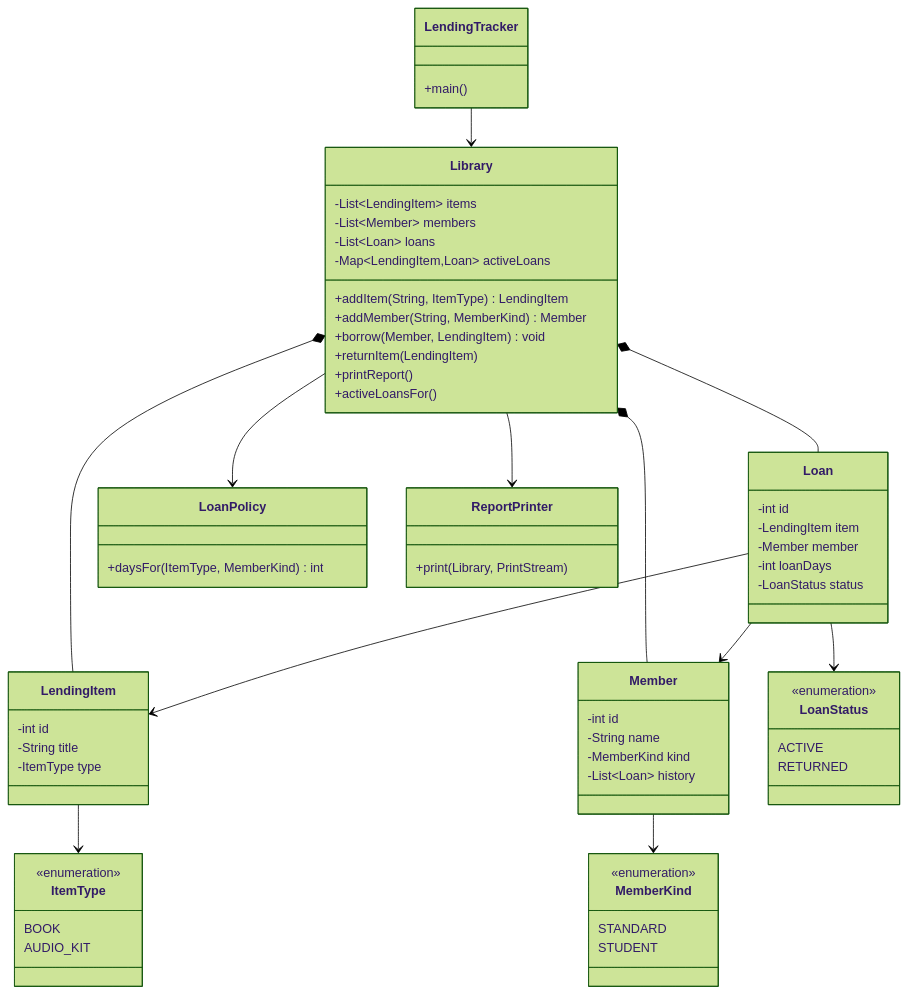
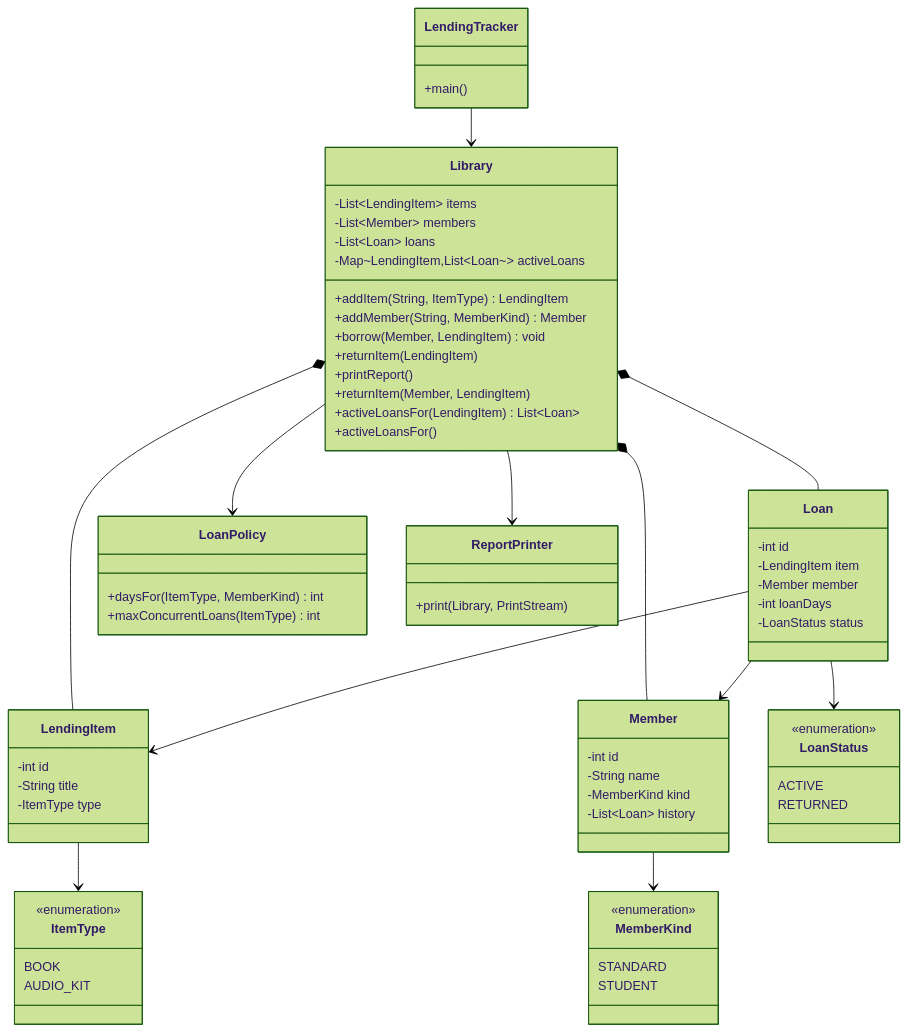
One commit to Eyiah-Phandoh/java-basics-c-the-reading-room changed the diagram in DIAGNOSIS.md. Above: the diagram before and after it, drawn with Mermaid (forest theme). The commit also changed other lines of this file, not shown here.

First line of the commit message:
test: seed overdue demo loan when showOverdue is enabled

````diff
--- a/DIAGNOSIS.md
+++ b/DIAGNOSIS.md
@@ -98,78 +109,81 @@
 ```mermaid
 classDiagram
     class LendingTracker {
         +main()
     }
 
     class Library {
         -List~LendingItem~ items
         -List~Member~ members
         -List~Loan~ loans
-        -Map~LendingItem,Loan~ activeLoans
+        -Map~LendingItem,List~Loan~~ activeLoans
         +addItem(String, ItemType) LendingItem
         +addMember(String, MemberKind) Member
         +borrow(Member, LendingItem) void
         +returnItem(LendingItem)
         +printReport()
+        +returnItem(Member, LendingItem)
+        +activeLoansFor(LendingItem) List~Loan~
         +activeLoansFor()
     }
 
     class LendingItem {
         -int id
         -String title
         -ItemType type
     }
 
     class Member {
         -int id
         -String name
         -MemberKind kind
         -List~Loan~ history
     }
 
     class Loan {
         -int id
         -LendingItem item
         -Member member
         -int loanDays
         -LoanStatus status
     }
 
     class ItemType {
         <<enumeration>>
         BOOK
         AUDIO_KIT
     }
 
     class MemberKind {
         <<enumeration>>
         STANDARD
         STUDENT
     }
 
     class LoanStatus {
         <<enumeration>>
         ACTIVE
         RETURNED
     }
 
     class LoanPolicy {
         +daysFor(ItemType, MemberKind) int
+        +maxConcurrentLoans(ItemType) int
     }
 
     class ReportPrinter {
         +print(Library, PrintStream)
     }
 
     LendingTracker --> Library
     Library *-- LendingItem
     Library *-- Member
     Library *-- Loan
     Library --> LoanPolicy
     Library --> ReportPrinter
     Loan --> LendingItem
     Loan --> Member
     Loan --> LoanStatus
     LendingItem --> ItemType
     Member --> MemberKind
 ```
````
